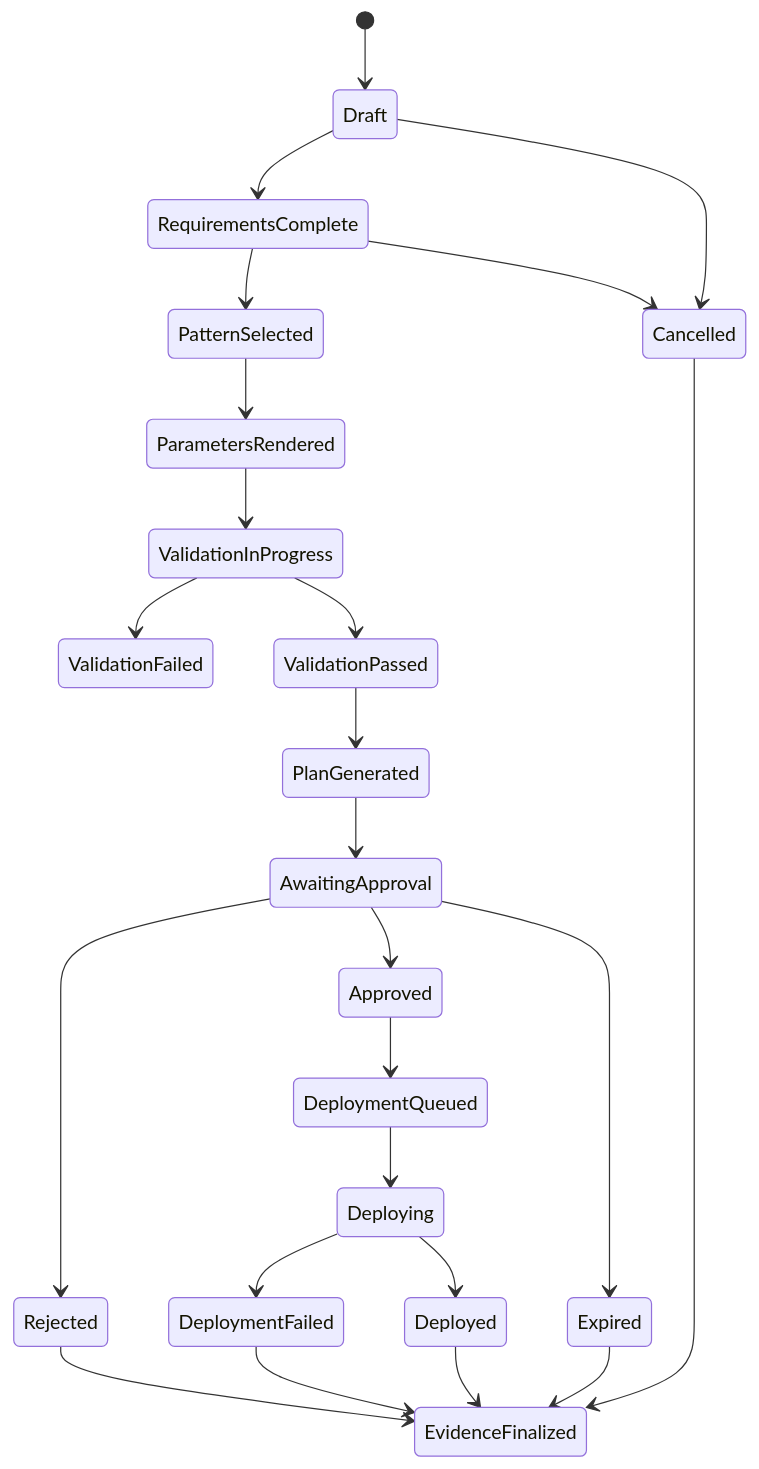
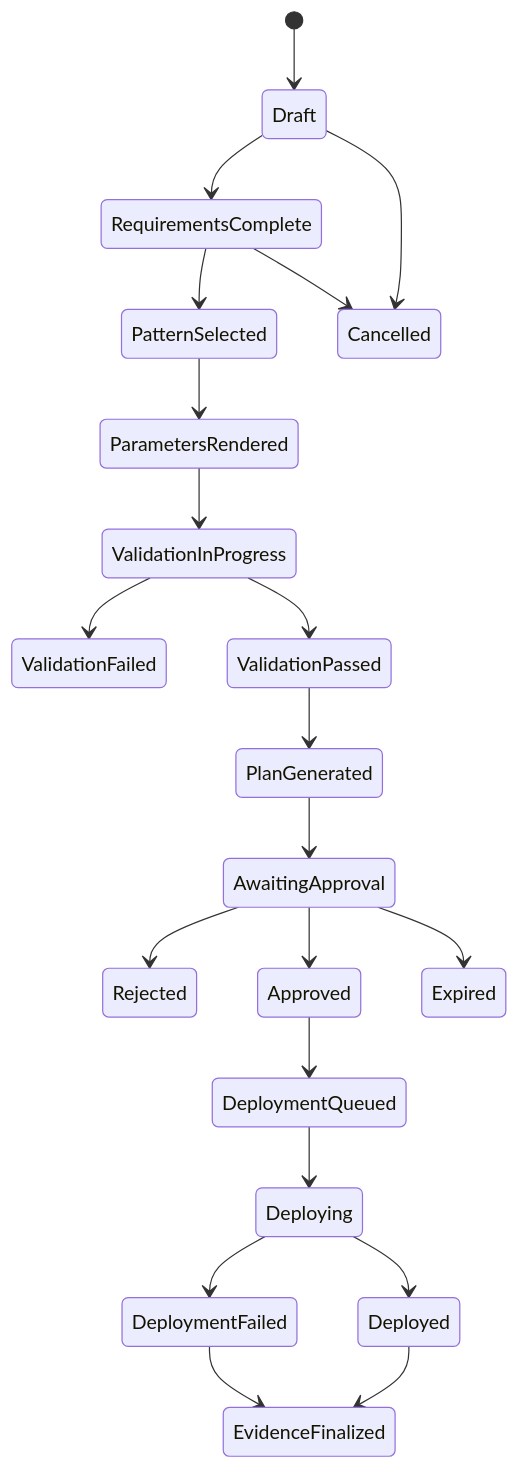
Before and after one commit to rivalont/Azure-Mission-Workspace: the first of 2 diagrams in docs/deployment-lifecycle.md, drawn with Mermaid. The commit also changed other lines of this file and 3 other files, not shown here.

````diff
--- a/docs/deployment-lifecycle.md
+++ b/docs/deployment-lifecycle.md
@@ -26,26 +26,23 @@
 ```mermaid
 stateDiagram-v2
     [*] --> Draft
     Draft --> RequirementsComplete
     RequirementsComplete --> PatternSelected
     PatternSelected --> ParametersRendered
     ParametersRendered --> ValidationInProgress
     ValidationInProgress --> ValidationFailed
     ValidationInProgress --> ValidationPassed
     ValidationPassed --> PlanGenerated
     PlanGenerated --> AwaitingApproval
     AwaitingApproval --> Rejected
     AwaitingApproval --> Approved
     Approved --> DeploymentQueued
     DeploymentQueued --> Deploying
     Deploying --> DeploymentFailed
     Deploying --> Deployed
     Draft --> Cancelled
     RequirementsComplete --> Cancelled
     AwaitingApproval --> Expired
     Deployed --> EvidenceFinalized
     DeploymentFailed --> EvidenceFinalized
-    Rejected --> EvidenceFinalized
-    Cancelled --> EvidenceFinalized
-    Expired --> EvidenceFinalized
 ```
````
